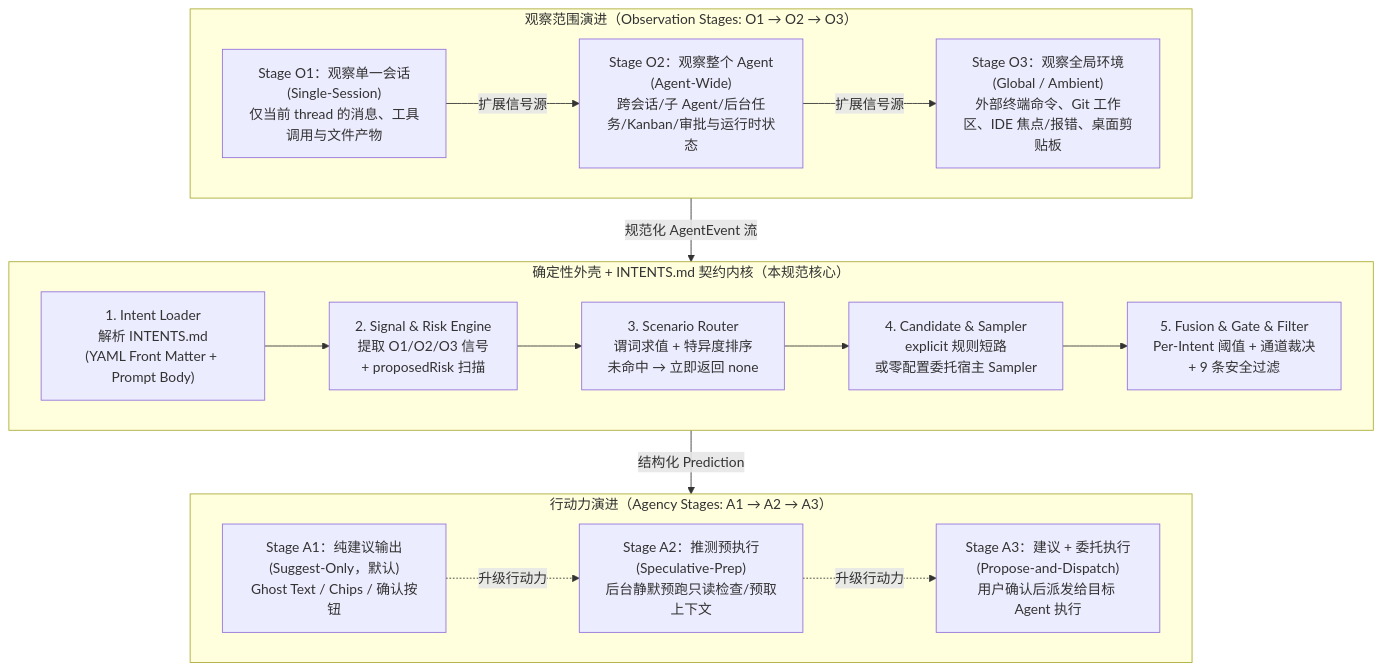
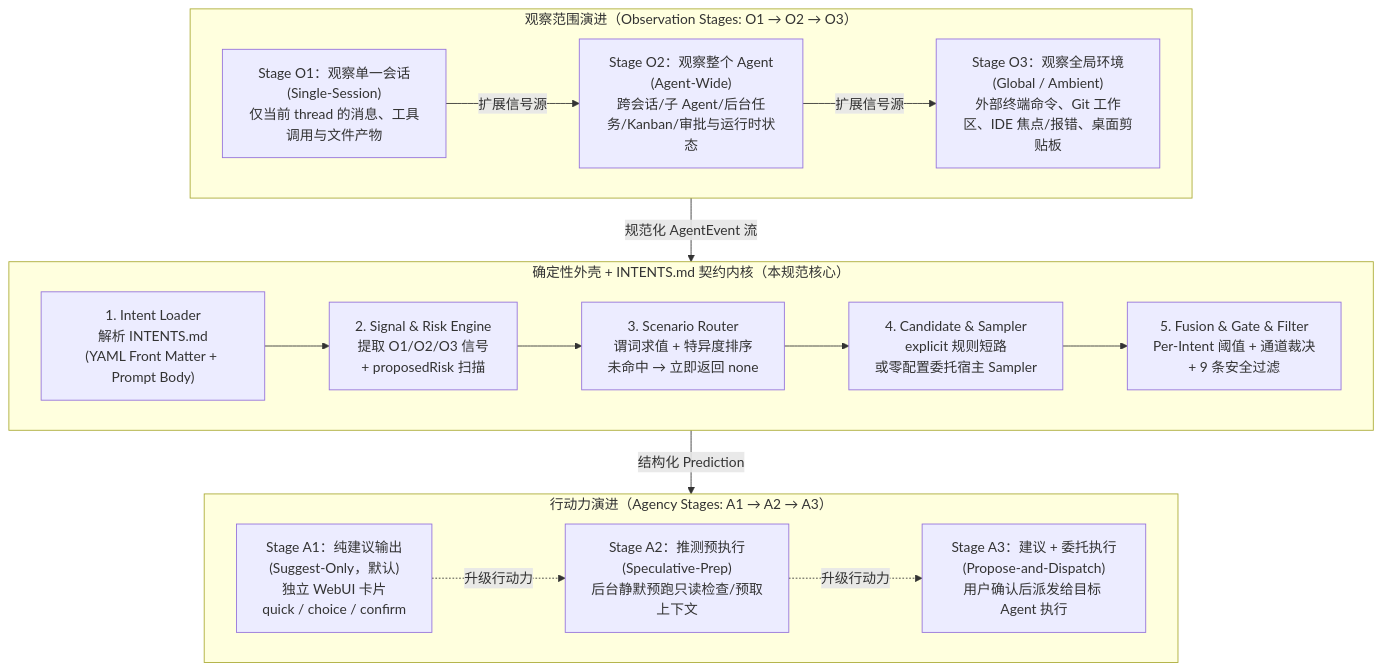
The diagram in SPEC.md (susyimes/intent-predict), drawn with Mermaid before and after one commit. The commit also changed other lines of this file and 13 other files, not shown here.

Commit message:
feat(spec): fully decouple from host composer with independent Web UI (quick/choice/confirm tiers, dispatch modes, Phase 1 mockup)

````diff
--- a/SPEC.md
+++ b/SPEC.md
@@ -48,31 +48,31 @@
 ```mermaid
 flowchart TB
   subgraph ObsAxis["观察范围演进（Observation Stages: O1 → O2 → O3）"]
     direction LR
     O1["Stage O1：观察单一会话<br/>(Single-Session)<br/>仅当前 thread 的消息、工具调用与文件产物"]
     O2["Stage O2：观察整个 Agent<br/>(Agent-Wide)<br/>跨会话/子 Agent/后台任务/Kanban/审批与运行时状态"]
     O3["Stage O3：观察全局环境<br/>(Global / Ambient)<br/>外部终端命令、Git 工作区、IDE 焦点/报错、桌面剪贴板"]
     O1 -->|"扩展信号源"| O2 -->|"扩展信号源"| O3
   end
 
   subgraph Core["确定性外壳 + INTENTS.md 契约内核（本规范核心）"]
     direction LR
     L["1. Intent Loader<br/>解析 INTENTS.md<br/>(YAML Front Matter + Prompt Body)"]
     S["2. Signal & Risk Engine<br/>提取 O1/O2/O3 信号<br/>+ proposedRisk 扫描"]
     R["3. Scenario Router<br/>谓词求值 + 特异度排序<br/>未命中 → 立即返回 none"]
     C["4. Candidate & Sampler<br/>explicit 规则短路<br/>或零配置委托宿主 Sampler"]
     G["5. Fusion & Gate & Filter<br/>Per-Intent 阈值 + 通道裁决<br/>+ 9 条安全过滤"]
     L --> S --> R --> C --> G
   end
 
   subgraph AgencyAxis["行动力演进（Agency Stages: A1 → A2 → A3）"]
     direction LR
-    A1["Stage A1：纯建议输出<br/>(Suggest-Only，默认)<br/>Ghost Text / Chips / 确认按钮"]
+    A1["Stage A1：纯建议输出<br/>(Suggest-Only，默认)<br/>独立 WebUI 卡片<br/>quick / choice / confirm"]
     A2["Stage A2：推测预执行<br/>(Speculative-Prep)<br/>后台静默预跑只读检查/预取上下文"]
     A3["Stage A3：建议 + 委托执行<br/>(Propose-and-Dispatch)<br/>用户确认后派发给目标 Agent 执行"]
     A1 -.->|"升级行动力"| A2 -.->|"升级行动力"| A3
   end
 
   ObsAxis -->|"规范化 AgentEvent 流"| S
   G -->|"结构化 Prediction"| AgencyAxis
 ```
````
